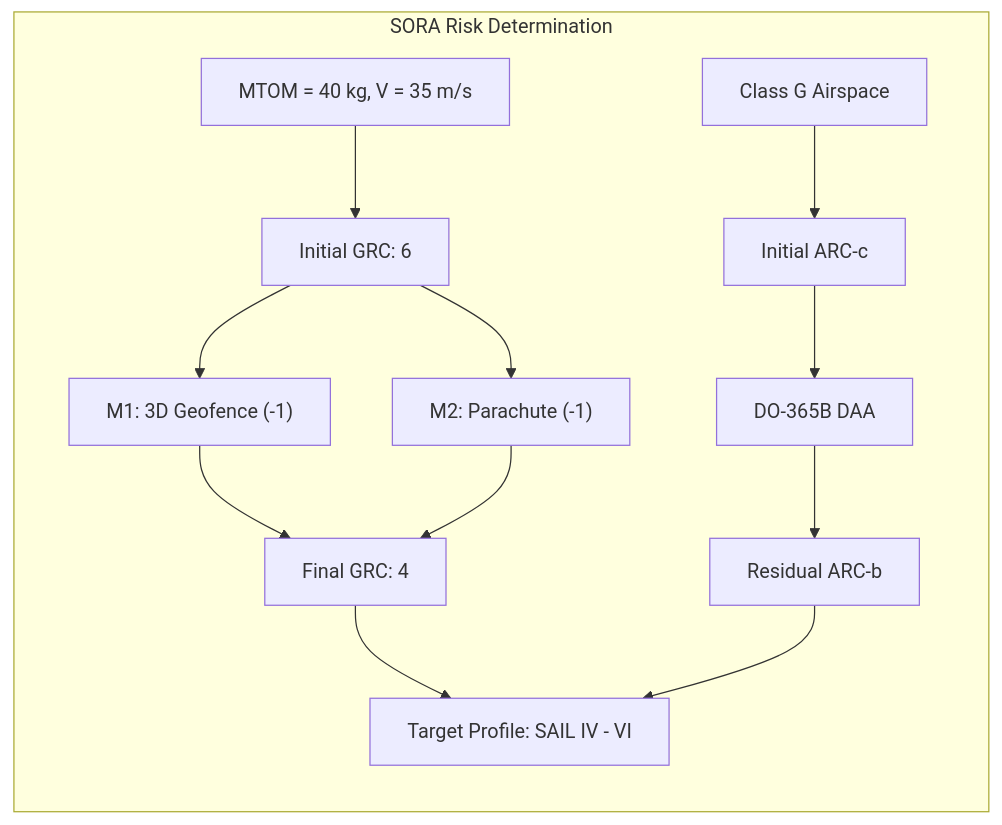
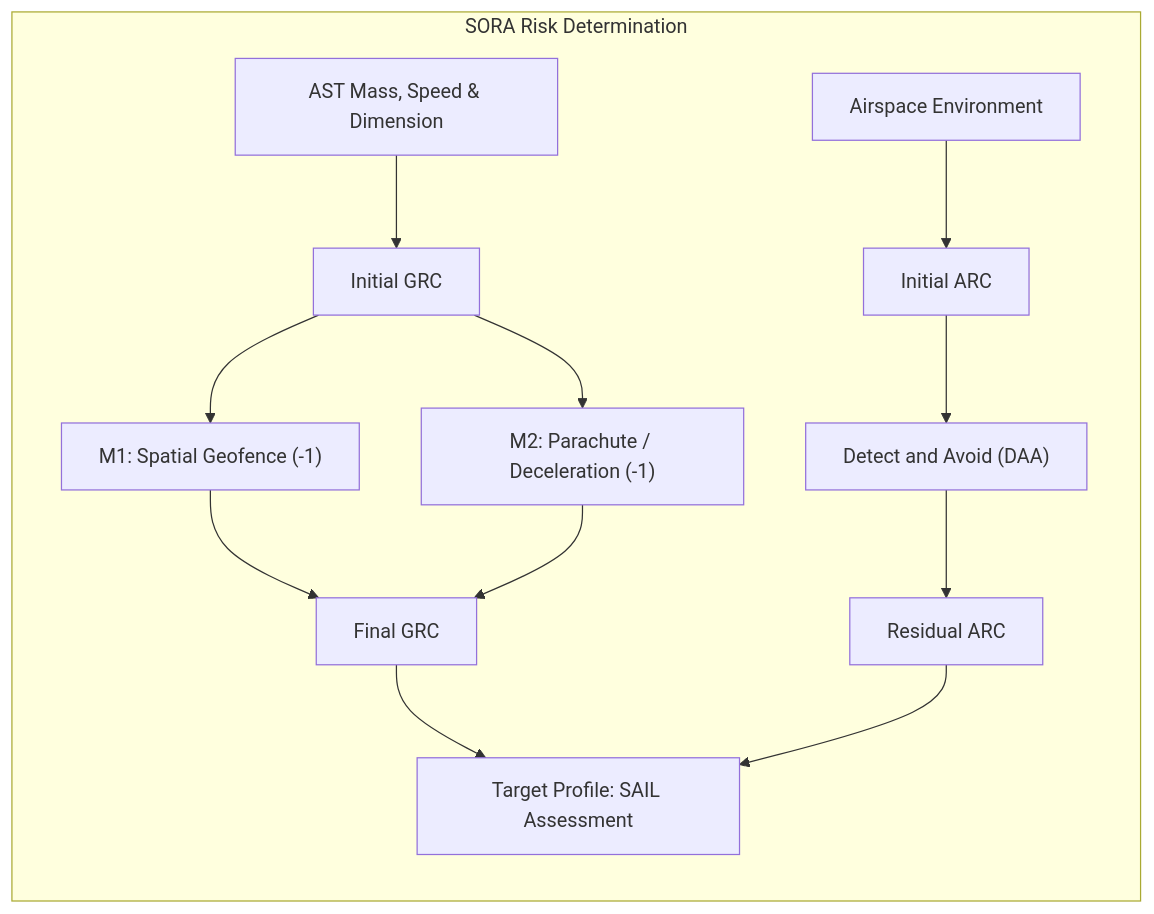
Before and after one commit to gintatkinson/DEAP01-spec-core: the sixth of 11 diagrams in docs/architecture/blueprints/DEAP_DETERMINISTIC_SAFETY_SPECIFICATION_COMPILER_BLUEPRINT.md, drawn with Mermaid. The commit also changed other lines of this file, not shown here.

Commit message:
docs(architecture): purify safety compiler blueprint to 100% abstract schema-driven AST formulation

````diff
--- a/docs/architecture/blueprints/DEAP_DETERMINISTIC_SAFETY_SPECIFICATION_COMPILER_BLUEPRINT.md
+++ b/docs/architecture/blueprints/DEAP_DETERMINISTIC_SAFETY_SPECIFICATION_COMPILER_BLUEPRINT.md
@@ -627,14 +579,14 @@
 ```mermaid
 flowchart LR
-    subgraph SORA_Determination["SORA Risk Determination"]
-        MTOM["MTOM = 40 kg, V = 35 m/s"] --> IntGRC["Initial GRC: 6"]
-        IntGRC --> M1["M1: 3D Geofence (-1)"]
-        IntGRC --> M2["M2: Parachute (-1)"]
-        M1 & M2 --> FinalGRC["Final GRC: 4"]
+    subgraph "SORA Risk Determination"
+        AST_Params["AST Mass, Speed & Dimension"] --> IntGRC["Initial GRC"]
+        IntGRC --> M1["M1: Spatial Geofence (-1)"]
+        IntGRC --> M2["M2: Parachute / Deceleration (-1)"]
+        M1 & M2 --> FinalGRC["Final GRC"]
 
-        Airspace["Class G Airspace"] --> IntARC["Initial ARC-c"]
-        IntARC --> DAA["DO-365B DAA"] --> ResARC["Residual ARC-b"]
+        Airspace["Airspace Environment"] --> IntARC["Initial ARC"]
+        IntARC --> DAA["Detect and Avoid (DAA)"] --> ResARC["Residual ARC"]
 
-        FinalGRC & ResARC --> SAIL["Target Profile: SAIL IV - VI"]
+        FinalGRC & ResARC --> SAIL["Target Profile: SAIL Assessment"]
     end
 ```
````
